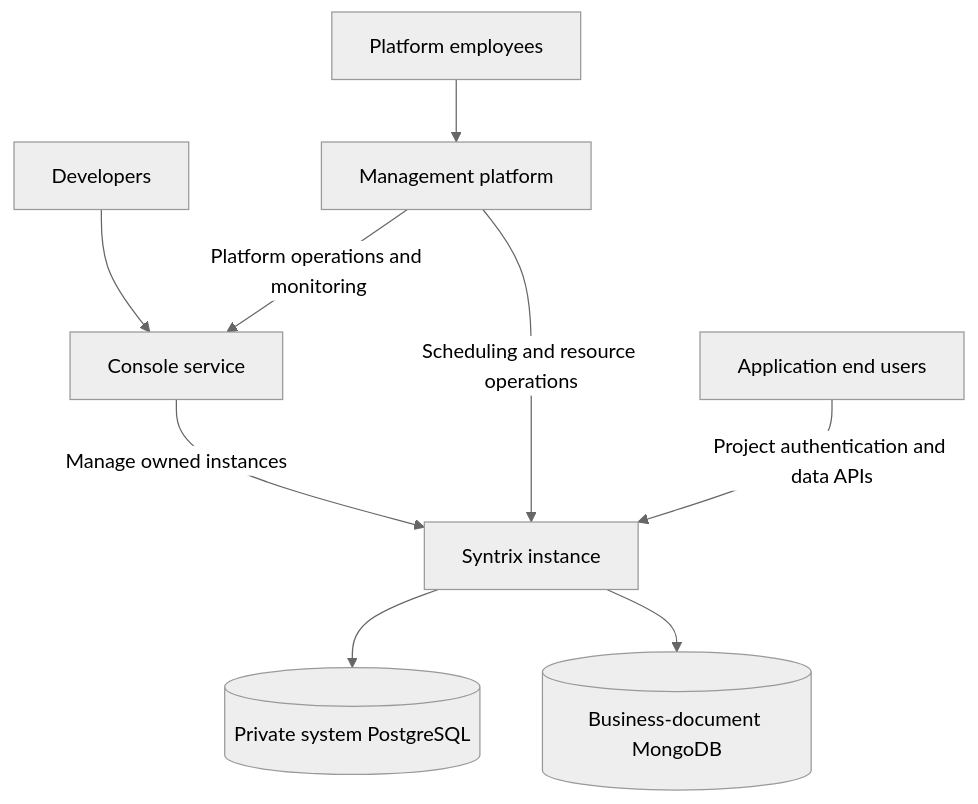
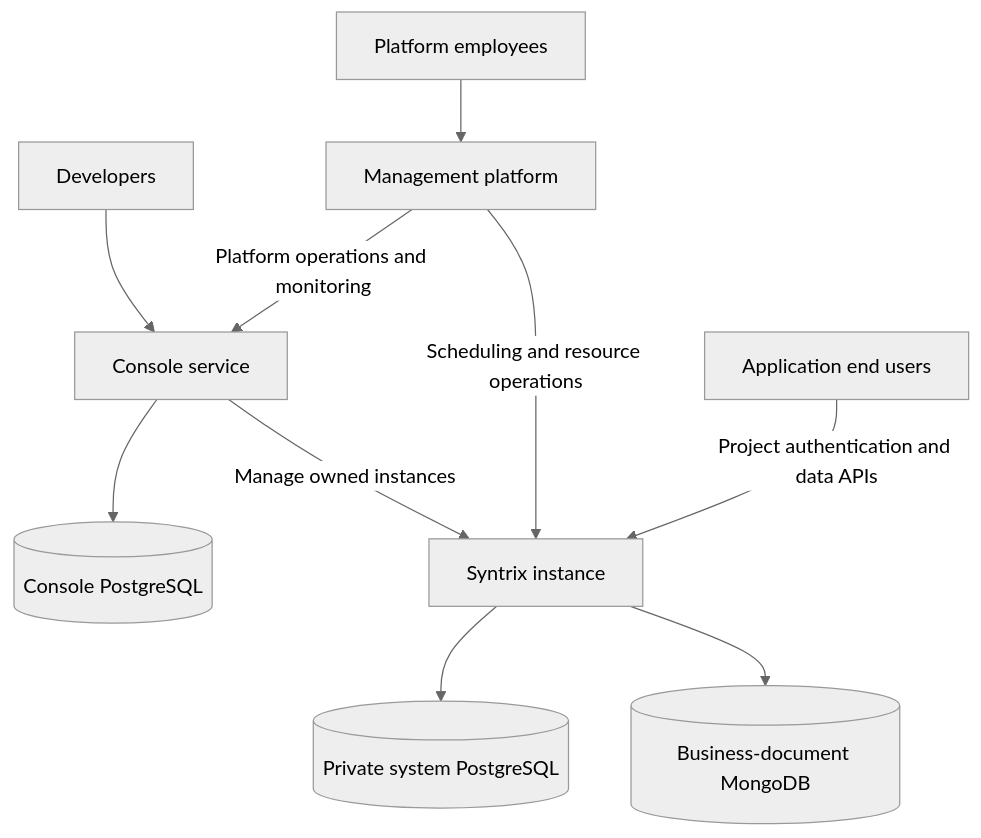
One commit to codetreker/syntrix changed the first of 2 diagrams in docs/architecture.md. Above: the diagram before and after it, drawn with Mermaid (neutral theme). The commit also changed other lines of this file and 145 other files, not shown here.

First line of the commit message:
feat(console): provision PostgreSQL-owned Kubernetes test workloads (#175)

````diff
--- a/docs/architecture.md
+++ b/docs/architecture.md
@@ -30,11 +32,12 @@
 ```mermaid
 flowchart TB
     Employees[Platform employees] --> Management[Management platform]
     Developers[Developers] --> Console[Console service]
+    Console --> ConsolePostgres[(Console PostgreSQL)]
     Management -->|Platform operations and monitoring| Console
     Console -->|Manage owned instances| Instance[Syntrix instance]
     Management -->|Scheduling and resource operations| Instance
     EndUsers[Application end users] -->|Project authentication and data APIs| Instance
     Instance --> PostgreSQL[(Private system PostgreSQL)]
     Instance --> MongoDB[(Business-document MongoDB)]
 ```
````
